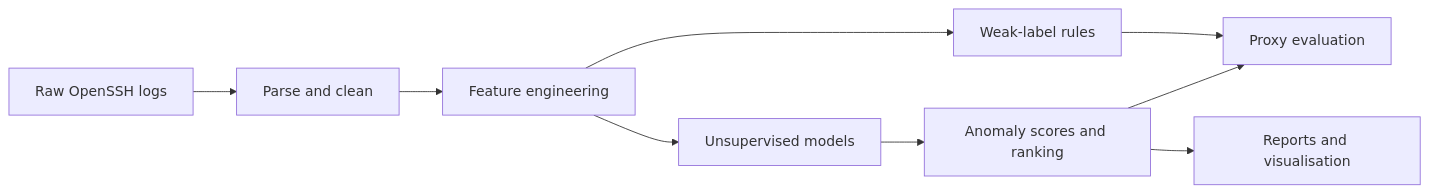
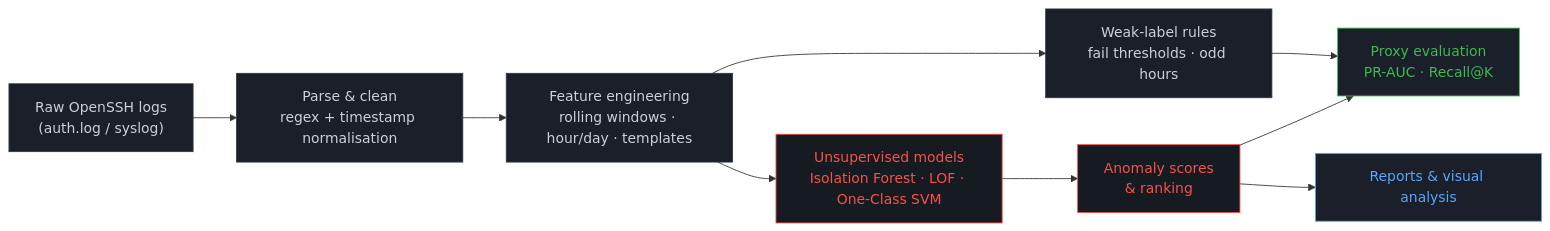
Before and after one commit to adro0303/AI-LogAnomalyDetectionSystem: the diagram in README.md, drawn with Mermaid. The commit also changed other lines of this file and 4 other files, not shown here.

````diff
--- a/README.md
+++ b/README.md
@@ -45,11 +42,20 @@
 ```mermaid
 flowchart LR
- A[Raw OpenSSH logs] --> B[Parse and clean]
- B --> C[Feature engineering]
- C --> D[Unsupervised models]
- C --> E[Weak-label rules]
- D --> F[Anomaly scores and ranking]
- E --> G[Proxy evaluation]
- F --> G
- F --> H[Reports and visualisation]
+    A["Raw OpenSSH logs\n(auth.log / syslog)"] --> B["Parse & clean\nregex + timestamp normalisation"]
+    B --> C["Feature engineering\nrolling windows · hour/day · templates"]
+    C --> D["Unsupervised models\nIsolation Forest · LOF · One-Class SVM"]
+    C --> E["Weak-label rules\nfail thresholds · odd hours"]
+    D --> F["Anomaly scores\n& ranking"]
+    E --> G["Proxy evaluation\nPR-AUC · Recall@K"]
+    F --> G
+    F --> H["Reports & visual analysis"]
+
+    style A fill:#1a1f29,stroke:#30363d,color:#c9d1d9
+    style B fill:#1a1f29,stroke:#30363d,color:#c9d1d9
+    style C fill:#1a1f29,stroke:#30363d,color:#c9d1d9
+    style D fill:#161b22,stroke:#f85149,color:#f85149
+    style E fill:#1a1f29,stroke:#30363d,color:#c9d1d9
+    style F fill:#161b22,stroke:#f85149,color:#f85149
+    style G fill:#1a1f29,stroke:#3fb950,color:#3fb950
+    style H fill:#1a1f29,stroke:#58a6ff,color:#58a6ff
 ```
````
